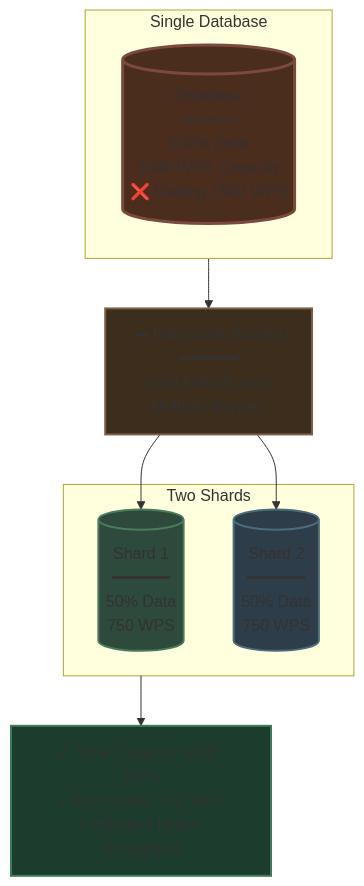
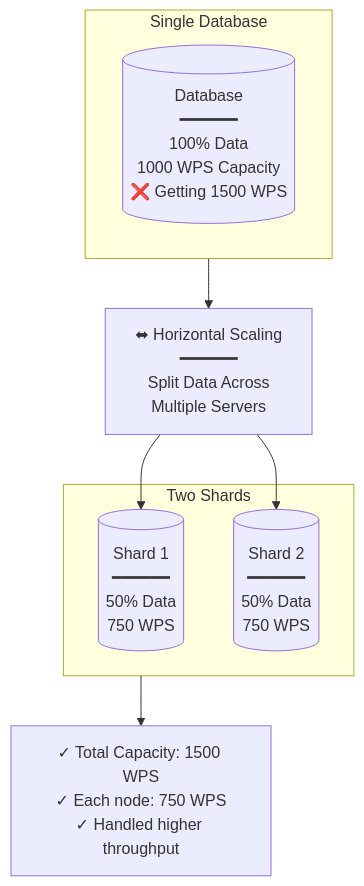
Before and after one commit to Yash-Kavaiya/The-System-Design-Masterclass: the sixth of 21 diagrams in system design beginner/8. Sharding and Partitioning.md, drawn with Mermaid. The commit also changed other lines of this file, not shown here.

````diff
--- a/system design beginner/8. Sharding and Partitioning.md
+++ b/system design beginner/8. Sharding and Partitioning.md
@@ -133,28 +122,23 @@
 ```mermaid
 graph TB
     subgraph Before["Single Database"]
         DB1[(Database<br/>━━━━━━<br/>100% Data<br/>1000 WPS Capacity<br/>❌ Getting 1500 WPS)]
     end
     
     SPLIT[⬌ Horizontal Scaling<br/>━━━━━━<br/>Split Data Across<br/>Multiple Servers]
     
     subgraph After["Two Shards"]
         SHARD1[(Shard 1<br/>━━━━━━<br/>50% Data<br/>750 WPS)]
         
         SHARD2[(Shard 2<br/>━━━━━━<br/>50% Data<br/>750 WPS)]
     end
     
     Before --> SPLIT
     SPLIT --> SHARD1
     SPLIT --> SHARD2
     
     RESULT[✓ Total Capacity: 1500 WPS<br/>✓ Each node: 750 WPS<br/>✓ Handled higher throughput]
     
     After --> RESULT
-    
-    style DB1 fill:#4a2d1c,stroke:#7c4a3c,stroke-width:3px
-    style SPLIT fill:#3d2d1c,stroke:#7c5d4a,stroke-width:2px
-    style SHARD1 fill:#2d4a3c,stroke:#4a7c5c,stroke-width:2px
-    style SHARD2 fill:#2d3d4a,stroke:#4a6d7c,stroke-width:2px
-    style RESULT fill:#1c3d2d,stroke:#3c7c5c,stroke-width:2px
+
 ```
````
